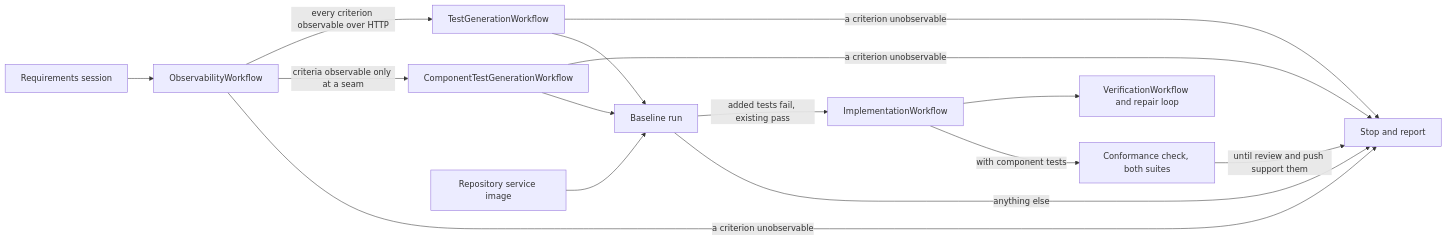
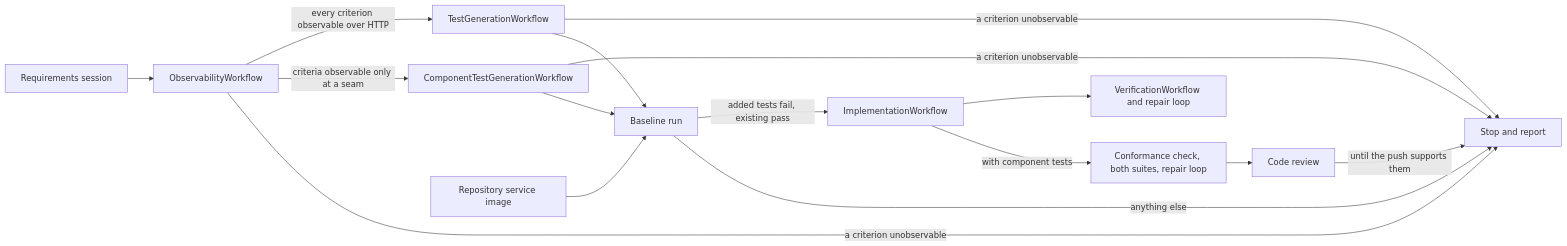
One commit to zikasak/temporal-SDLC changed the third of 4 diagrams in docs/service-implementation.md. Above: the diagram before and after it, drawn with Mermaid. The commit also changed other lines of this file and 23 other files, not shown here.

First line of the commit message:
Repair and review changes with component tests

````diff
--- a/docs/service-implementation.md
+++ b/docs/service-implementation.md
@@ -476,17 +476,18 @@
 ```mermaid
 flowchart LR
     brief[Requirements session] --> routing[ObservabilityWorkflow]
     routing -- every criterion observable over HTTP --> tests[TestGenerationWorkflow]
     routing -- criteria observable only at a seam --> components[ComponentTestGenerationWorkflow]
     routing -- a criterion unobservable --> stop
     tests -- a criterion unobservable --> stop
     components -- a criterion unobservable --> stop
     tests --> baseline[Baseline run]
     components --> baseline
     repository[Repository service image] --> baseline
     baseline -- added tests fail, existing pass --> fix[ImplementationWorkflow]
     baseline -- anything else --> stop[Stop and report]
     fix --> verification[VerificationWorkflow and repair loop]
-    fix -- with component tests --> conformance[Conformance check, both suites]
-    conformance -- until review and push support them --> stop
+    fix -- with component tests --> conformance[Conformance check, both suites, repair loop]
+    conformance --> creview[Code review]
+    creview -- until the push supports them --> stop
 ```
````
